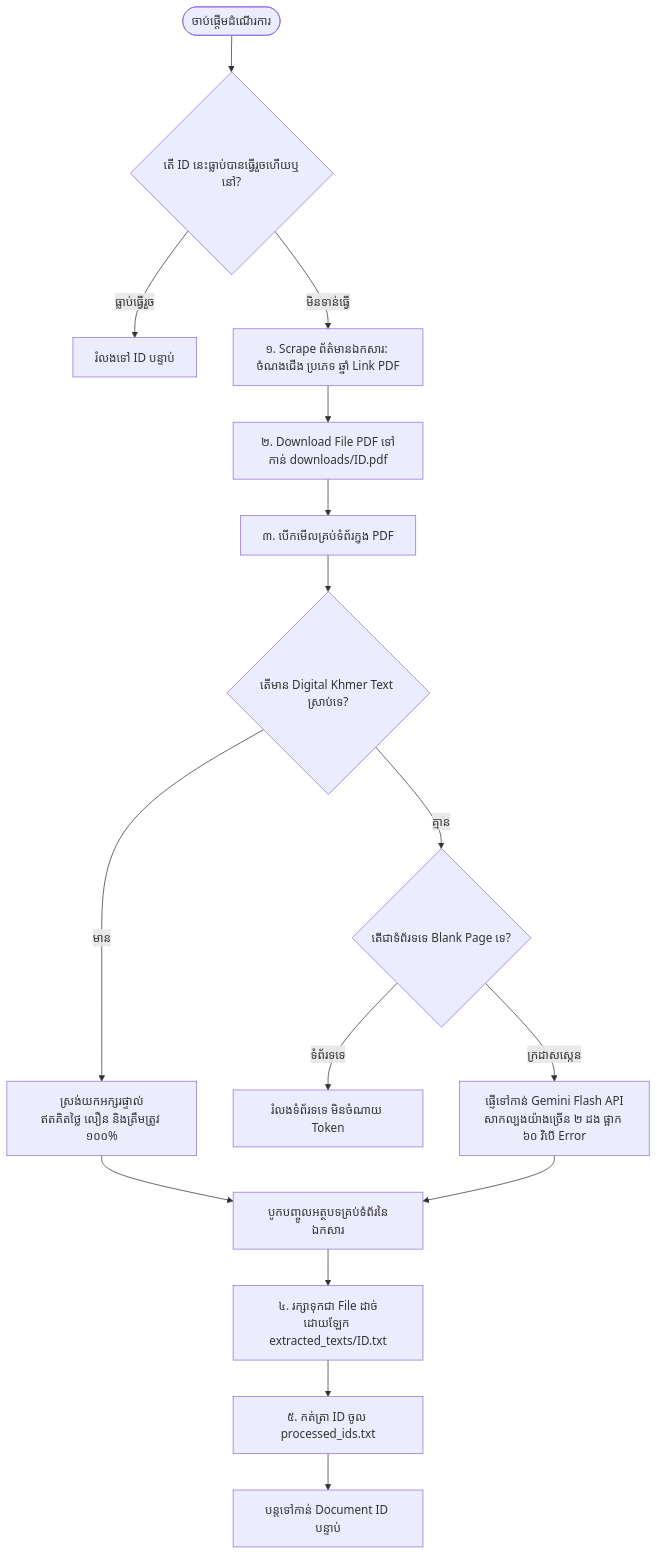
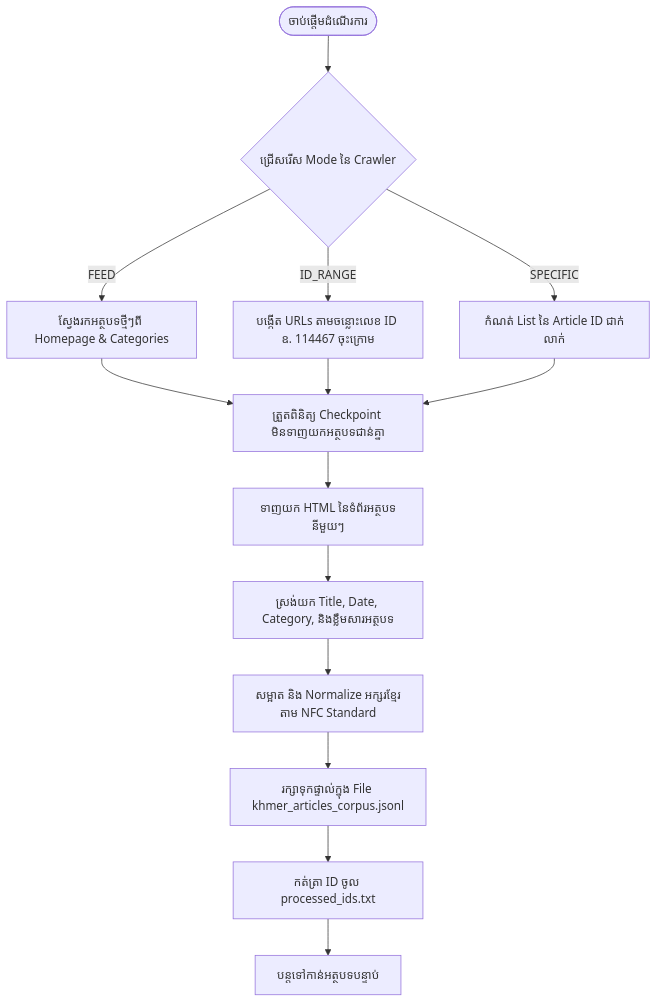
The diagram in README.md (wath08/Web_crawling), drawn with Mermaid before and after one commit. The commit also changed other lines of this file and 6 other files, not shown here.

Commit message:
Update crawling pipeline, documentation, and extracted corpus

````diff
--- a/README.md
+++ b/README.md
@@ -9,25 +11,22 @@
 ```mermaid
 flowchart TD
-    Start([ចាប់ផ្តើមដំណើរការ]) --> CheckCheckpoint{តើ ID នេះធ្លាប់បានធ្វើរួចហើយឬនៅ?}
+    Start([ចាប់ផ្តើមដំណើរការ]) --> ModeSelect{ជ្រើសរើស Mode នៃ Crawler}
     
-    CheckCheckpoint -->|ធ្លាប់ធ្វើរួច| SkipDoc[រំលងទៅ ID បន្ទាប់]
-    CheckCheckpoint -->|មិនទាន់ធ្វើ| ScrapeMeta[១. Scrape ព័ត៌មានឯកសារ: ចំណងជើង ប្រភេទ ឆ្នាំ Link PDF]
+    ModeSelect -->|FEED| AutoDiscover[ស្វែងរកអត្ថបទថ្មីៗពី Homepage & Categories]
+    ModeSelect -->|ID_RANGE| GenerateRange[បង្កើត URLs តាមចន្លោះលេខ ID ឧ. 114467 ចុះក្រោម]
+    ModeSelect -->|SPECIFIC| SpecificList[កំណត់ List នៃ Article ID ជាក់លាក់]
     
-    ScrapeMeta --> DownloadPDF[២. Download File PDF ទៅកាន់ downloads/ID.pdf]
-    DownloadPDF --> ReadPages[៣. បើកមើលគ្រប់ទំព័រក្នុង PDF]
+    AutoDiscover --> FilterCheck[ត្រួតពិនិត្យ Checkpoint មិនទាញយកអត្ថបទជាន់គ្នា]
+    GenerateRange --> FilterCheck
+    SpecificList --> FilterCheck
     
-    ReadPages --> CheckDigital{តើមាន Digital Khmer Text ស្រាប់ទេ?}
+    FilterCheck --> FetchHTML[ទាញយក HTML នៃទំព័រអត្ថបទនីមួយៗ]
     
-    CheckDigital -->|មាន| DirectExtract[ស្រង់យកអក្សរផ្ទាល់<br>ឥតគិតថ្លៃ លឿន និងត្រឹមត្រូវ ១០០%]
-    CheckDigital -->|គ្មាន| CheckBlank{តើជាទំព័រទទេ Blank Page ទេ?}
+    FetchHTML --> ParseData[ស្រង់យក Title, Date, Category, និងខ្លឹមសារអត្ថបទ]
+    ParseData --> CleanUnicode[សម្អាត និង Normalize អក្សរខ្មែរតាម NFC Standard]
     
-    CheckBlank -->|ទំព័រទទេ| SkipPage[រំលងទំព័រទទេ មិនចំណាយ Token]
-    CheckBlank -->|ក្រដាសស្កេន| GeminiOCR[ផ្ញើទៅកាន់ Gemini Flash API<br>សាកល្បងយ៉ាងច្រើន ២ ដង ផ្អាក ៦០ វិបើ Error]
+    CleanUnicode --> SaveJsonl[រក្សាទុកផ្ទាល់ក្នុង File khmer_articles_corpus.jsonl]
     
-    DirectExtract --> Combine[បូកបញ្ចូលអត្ថបទគ្រប់ទំព័រនៃឯកសារ]
-    GeminiOCR --> Combine
-    
-    Combine --> SaveTXT[៤. រក្សាទុកជា File ដាច់ដោយឡែក extracted_texts/ID.txt]
-    SaveTXT --> MarkDone[៥. កត់ត្រា ID ចូល processed_ids.txt]
-    MarkDone --> NextDoc[បន្តទៅកាន់ Document ID បន្ទាប់]
+    SaveJsonl --> MarkDone[កត់ត្រា ID ចូល processed_ids.txt]
+    MarkDone --> NextItem[បន្តទៅកាន់អត្ថបទបន្ទាប់]
 ```
````
